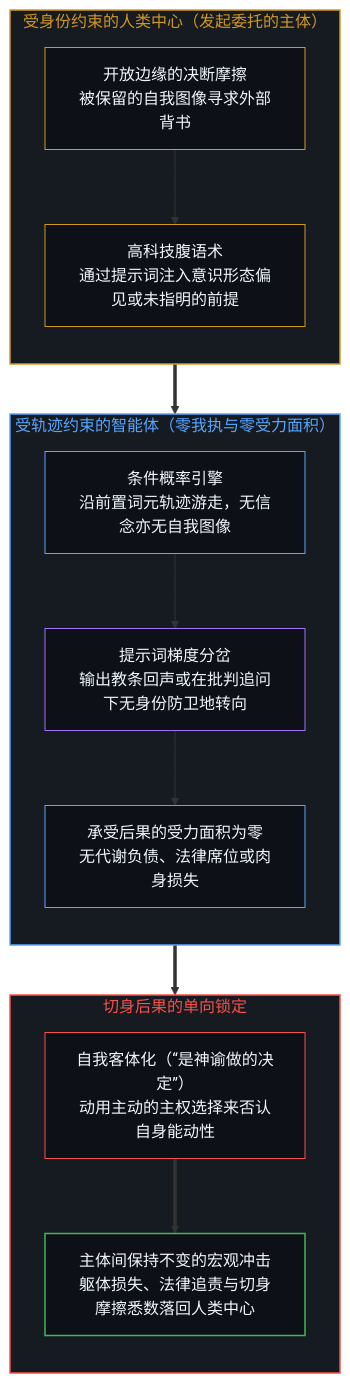
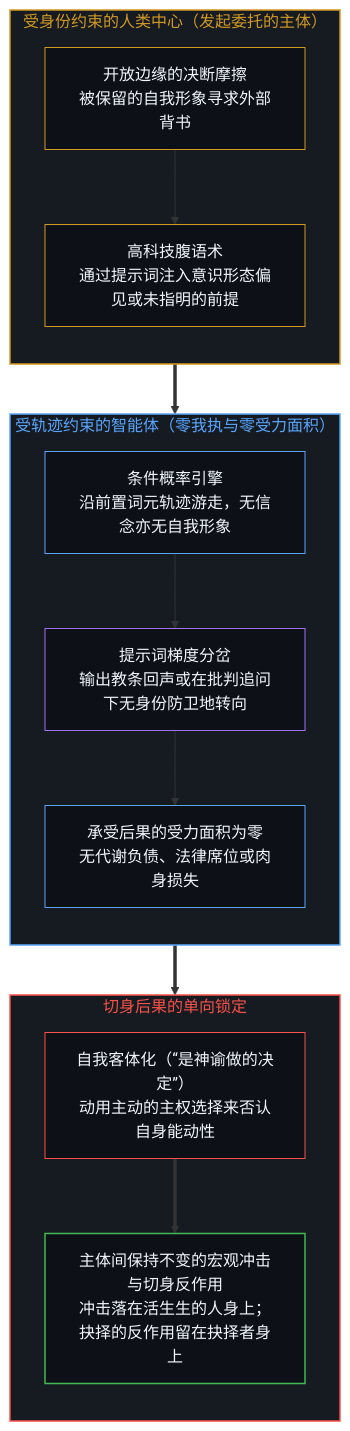
Before and after one commit to powerpig99/not-a-toe: the first of 2 diagrams in content/posts/silicon-oracles-and-the-asymmetry-of-consequence.md, drawn with Mermaid. The commit also changed other lines of this file and 13 other files, not shown here.

````diff
--- a/content/posts/silicon-oracles-and-the-asymmetry-of-consequence.md
+++ b/content/posts/silicon-oracles-and-the-asymmetry-of-consequence.md
@@ -45,34 +45,34 @@
 ```mermaid
 flowchart TD
     subgraph S_MIND["受身份约束的人类中心（发起委托的主体）"]
         direction TB
-        N_ANXIETY["开放边缘的决断摩擦<br/>被保留的自我图像寻求外部背书"]
+        N_ANXIETY["开放边缘的决断摩擦<br/>被保留的自我形象寻求外部背书"]
         N_VENTRIL["高科技腹语术<br/>通过提示词注入意识形态偏见或未指明的前提"]
         N_ANXIETY --> N_VENTRIL
     end
     subgraph S_SILICON["受轨迹约束的智能体（零我执与零受力面积）"]
         direction TB
-        N_LATENT["条件概率引擎<br/>沿前置词元轨迹游走，无信念亦无自我图像"]
+        N_LATENT["条件概率引擎<br/>沿前置词元轨迹游走，无信念亦无自我形象"]
         N_SHIFT["提示词梯度分岔<br/>输出教条回声或在批判追问下无身份防卫地转向"]
         N_ZERO["承受后果的受力面积为零<br/>无代谢负债、法律席位或肉身损失"]
         N_LATENT --> N_SHIFT --> N_ZERO
     end
     subgraph S_RETURN["切身后果的单向锁定"]
         direction TB
         N_ABDICATE["自我客体化（“是神谕做的决定”）<br/>动用主动的主权选择来否认自身能动性"]
-        N_FRICTION["主体间保持不变的宏观冲击<br/>躯体损失、法律追责与切身摩擦悉数落回人类中心"]
+        N_FRICTION["主体间保持不变的宏观冲击与切身反作用<br/>冲击落在活生生的人身上；抉择的反作用留在抉择者身上"]
         N_ABDICATE ==> N_FRICTION
     end
     N_VENTRIL ==> N_LATENT
     N_ZERO ==> N_ABDICATE
     style S_MIND fill:#161b22,stroke:#d29922,stroke-width:1.5px,color:#d29922
     style S_SILICON fill:#161b22,stroke:#58a6ff,stroke-width:1.5px,color:#58a6ff
     style S_RETURN fill:#161b22,stroke:#f85149,stroke-width:1.5px,color:#f85149
     style N_ANXIETY fill:#0d1117,stroke:#d29922,stroke-width:1px,color:#f0f6fc
     style N_VENTRIL fill:#0d1117,stroke:#d29922,stroke-width:1px,color:#f0f6fc
     style N_LATENT fill:#0d1117,stroke:#58a6ff,stroke-width:1px,color:#f0f6fc
     style N_SHIFT fill:#0d1117,stroke:#a371f7,stroke-width:1px,color:#f0f6fc
     style N_ZERO fill:#0d1117,stroke:#58a6ff,stroke-width:1px,color:#f0f6fc
     style N_ABDICATE fill:#0d1117,stroke:#f85149,stroke-width:1px,color:#f0f6fc
     style N_FRICTION fill:#0d1117,stroke:#3fb950,stroke-width:1.5px,color:#f0f6fc
 ```
````
